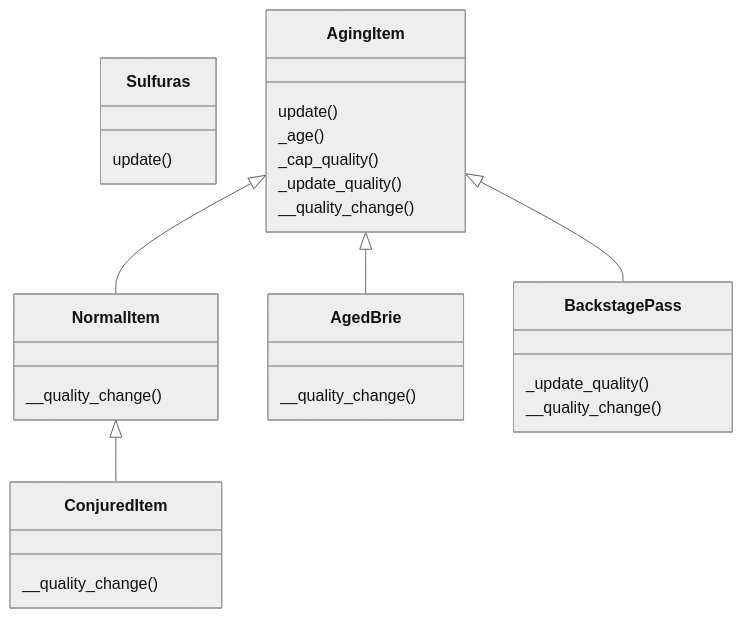
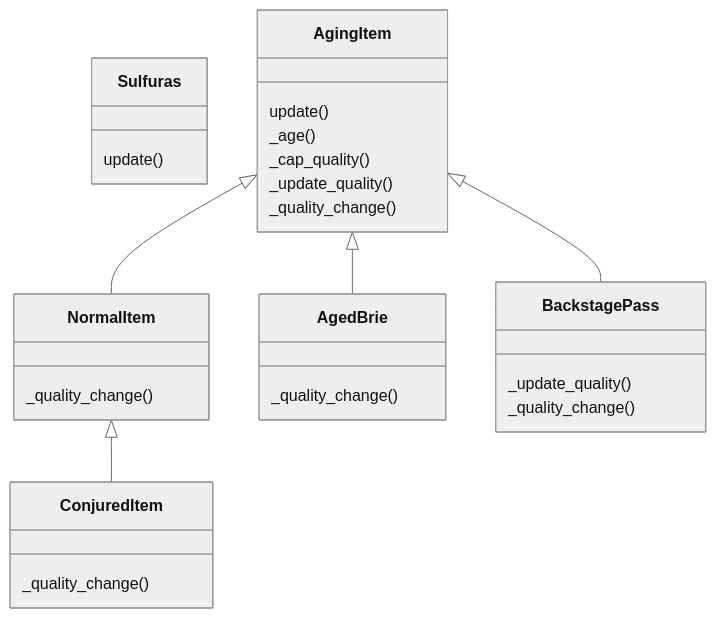
Before and after one commit to htw-imi-info3/gilded-rose: the diagram in README.md, drawn with Mermaid (neutral theme). The commit also changed 1 other file, not shown here.

Commit message:
__* methods are rewritten to not be overwritten by subclasses - rename __quality_change back to _quality_change

````diff
--- a/README.md
+++ b/README.md
@@ -68,32 +68,32 @@
 ```mermaid
 classDiagram
     class Sulfuras{
         update()
     }
     class AgingItem{
       update()
       _age()
       _cap_quality()
       _update_quality()
-      __quality_change()
+      _quality_change()
     }
     class NormalItem{
-      __quality_change()
+      _quality_change()
     }
      class AgedBrie{
-      __quality_change()
+      _quality_change()
     }
     class BackstagePass{
       _update_quality()
-      __quality_change()
+      _quality_change()
       
     }
     class ConjuredItem{
-      __quality_change()
+      _quality_change()
     }
   
     AgingItem <|-- NormalItem
     NormalItem <|-- ConjuredItem
     AgingItem <|-- BackstagePass
     AgingItem <|-- AgedBrie
 ```
````
